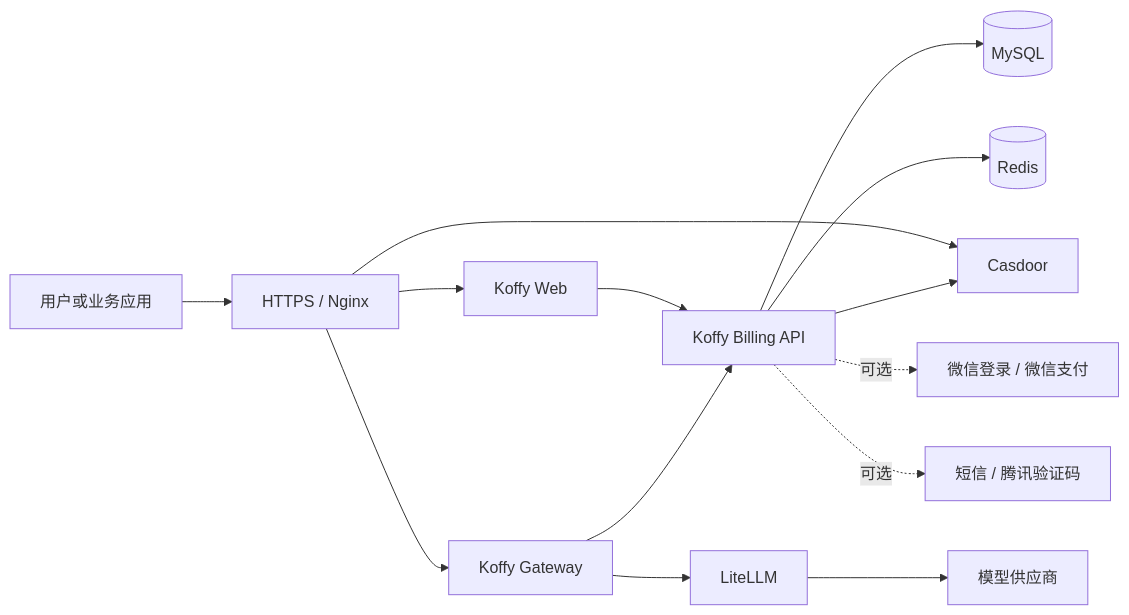
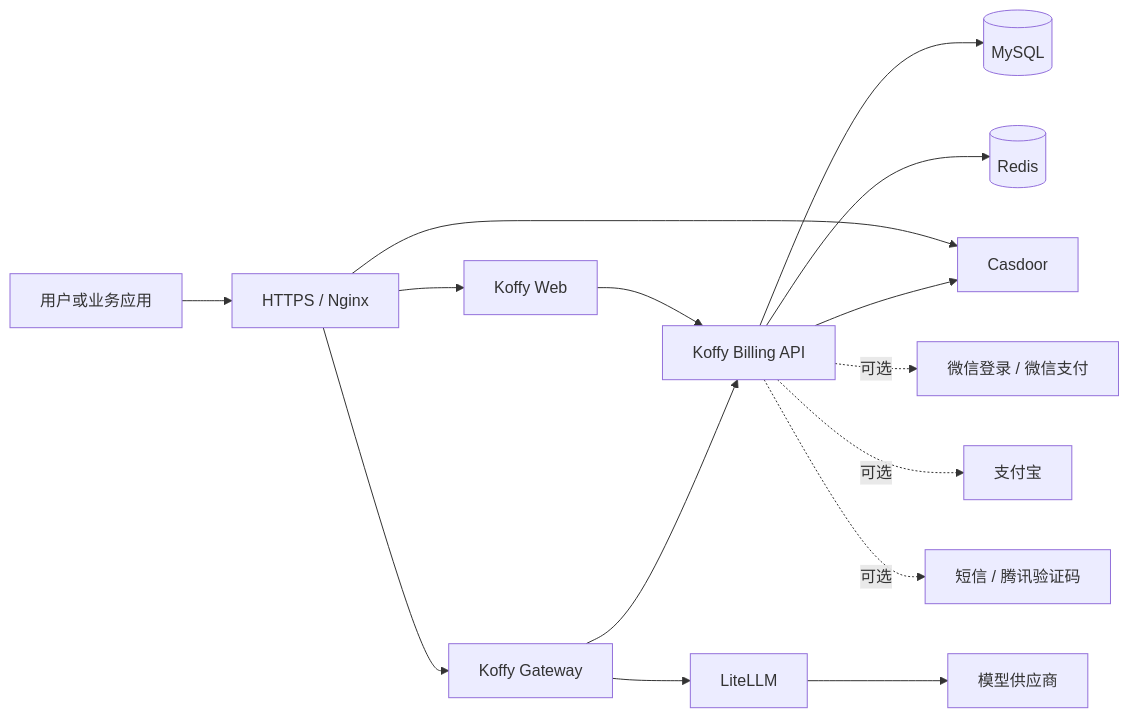
The first of 2 diagrams in README.md (koffy-ai/koffy), drawn with Mermaid before and after one commit. The commit also changed other lines of this file and 30 other files, not shown here.

````diff
--- a/README.md
+++ b/README.md
@@ -31,16 +31,17 @@
 ```mermaid
 flowchart LR
     User[用户或业务应用] --> Nginx[HTTPS / Nginx]
     Nginx --> Web[Koffy Web]
     Nginx --> Gateway[Koffy Gateway]
     Nginx --> Casdoor[Casdoor]
     Web --> Billing[Koffy Billing API]
     Gateway --> Billing
     Gateway --> LiteLLM[LiteLLM]
     LiteLLM --> Models[模型供应商]
     Billing --> MySQL[(MySQL)]
     Billing --> Redis[(Redis)]
     Billing --> Casdoor
     Billing -. 可选 .-> WeChat[微信登录 / 微信支付]
+    Billing -. 可选 .-> Alipay[支付宝]
     Billing -. 可选 .-> SMS[短信 / 腾讯验证码]
 ```
````
